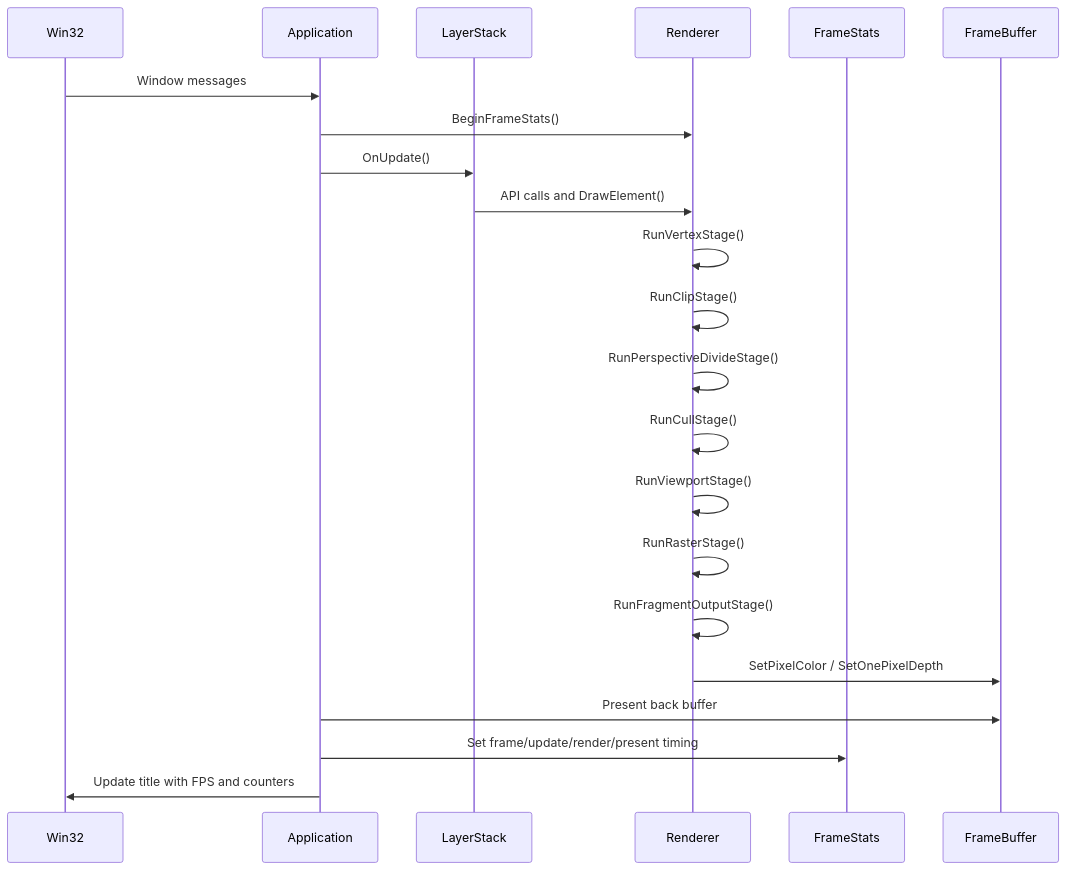
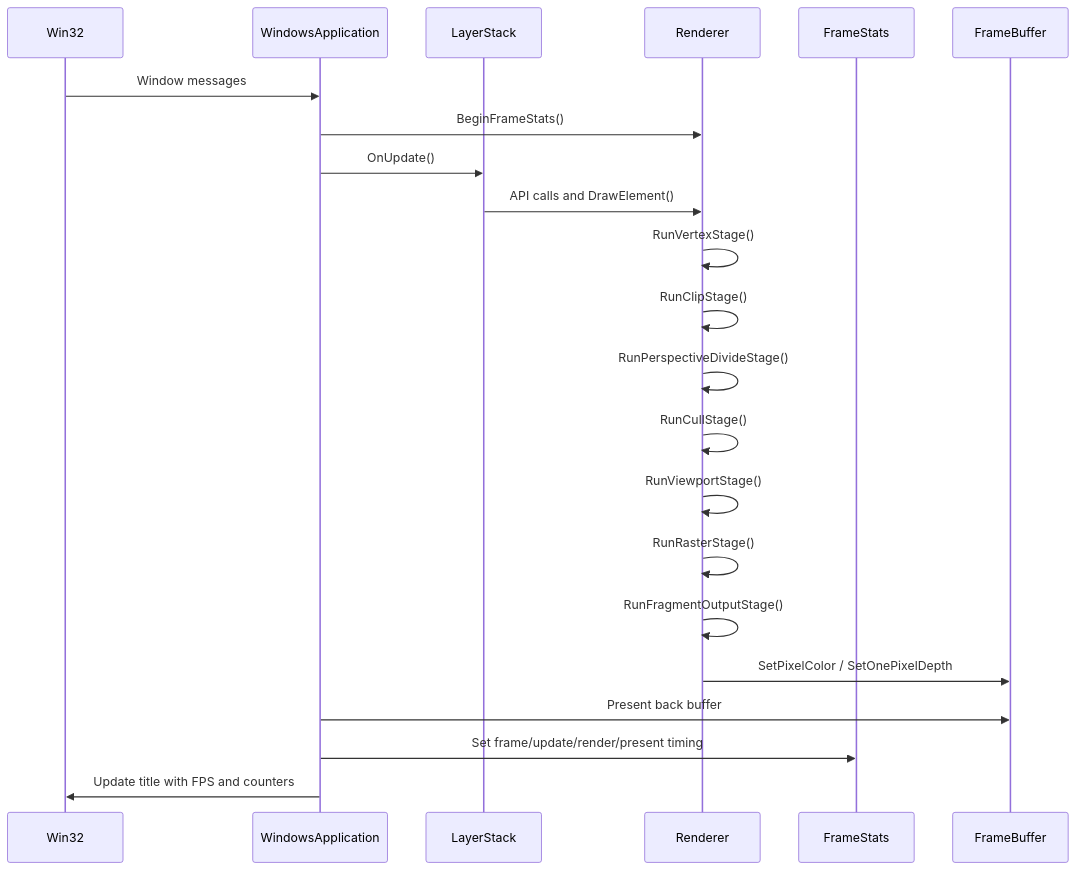
One commit to hangge1/DragonRenderer changed the second of 6 diagrams in docs/ARCHITECTURE.md. Above: the diagram before and after it, drawn with Mermaid. The commit also changed other lines of this file and 14 other files, not shown here.

````diff
--- a/docs/ARCHITECTURE.md
+++ b/docs/ARCHITECTURE.md
@@ -109,25 +117,25 @@
 ```mermaid
 sequenceDiagram
     participant OS as Win32
-    participant App as Application
+    participant App as WindowsApplication
     participant Layer as LayerStack
     participant Renderer as Renderer
     participant Stats as FrameStats
     participant FB as FrameBuffer
 
     OS->>App: Window messages
     App->>Renderer: BeginFrameStats()
     App->>Layer: OnUpdate()
     Layer->>Renderer: API calls and DrawElement()
     Renderer->>Renderer: RunVertexStage()
     Renderer->>Renderer: RunClipStage()
     Renderer->>Renderer: RunPerspectiveDivideStage()
     Renderer->>Renderer: RunCullStage()
     Renderer->>Renderer: RunViewportStage()
     Renderer->>Renderer: RunRasterStage()
     Renderer->>Renderer: RunFragmentOutputStage()
     Renderer->>FB: SetPixelColor / SetOnePixelDepth
     App->>FB: Present back buffer
     App->>Stats: Set frame/update/render/present timing
     App->>OS: Update title with FPS and counters
 ```
````
